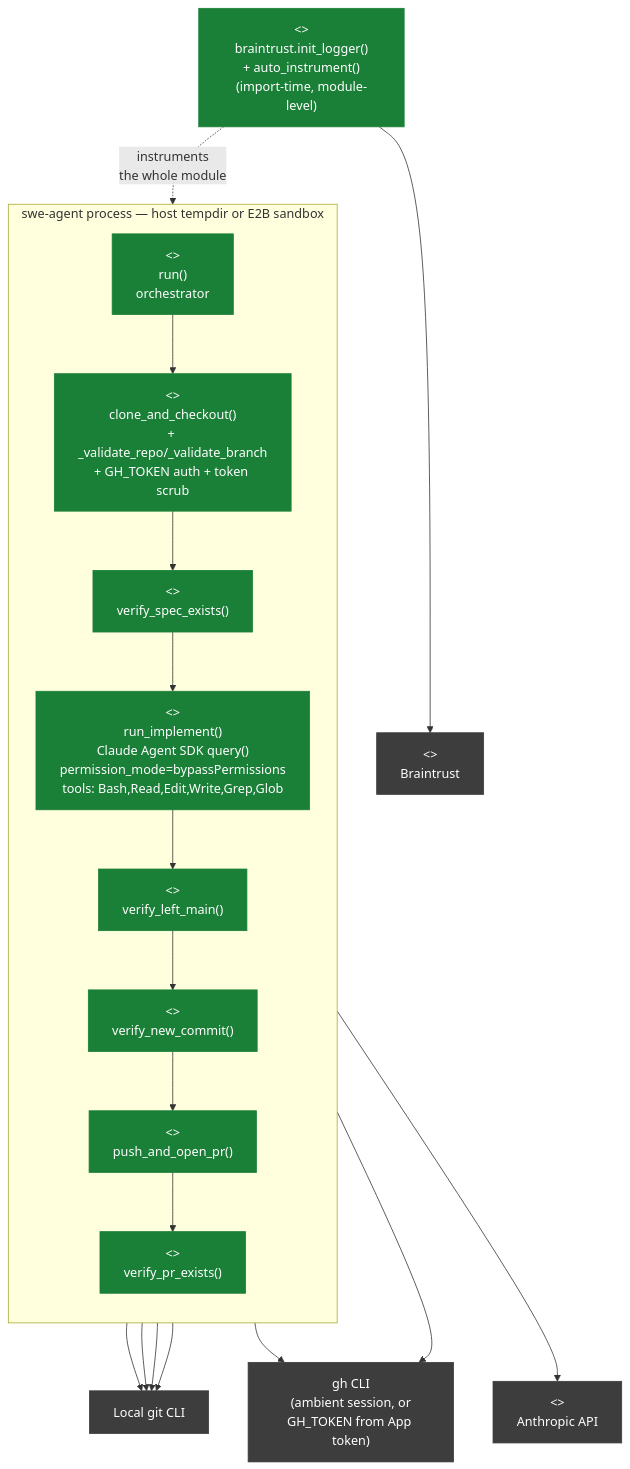
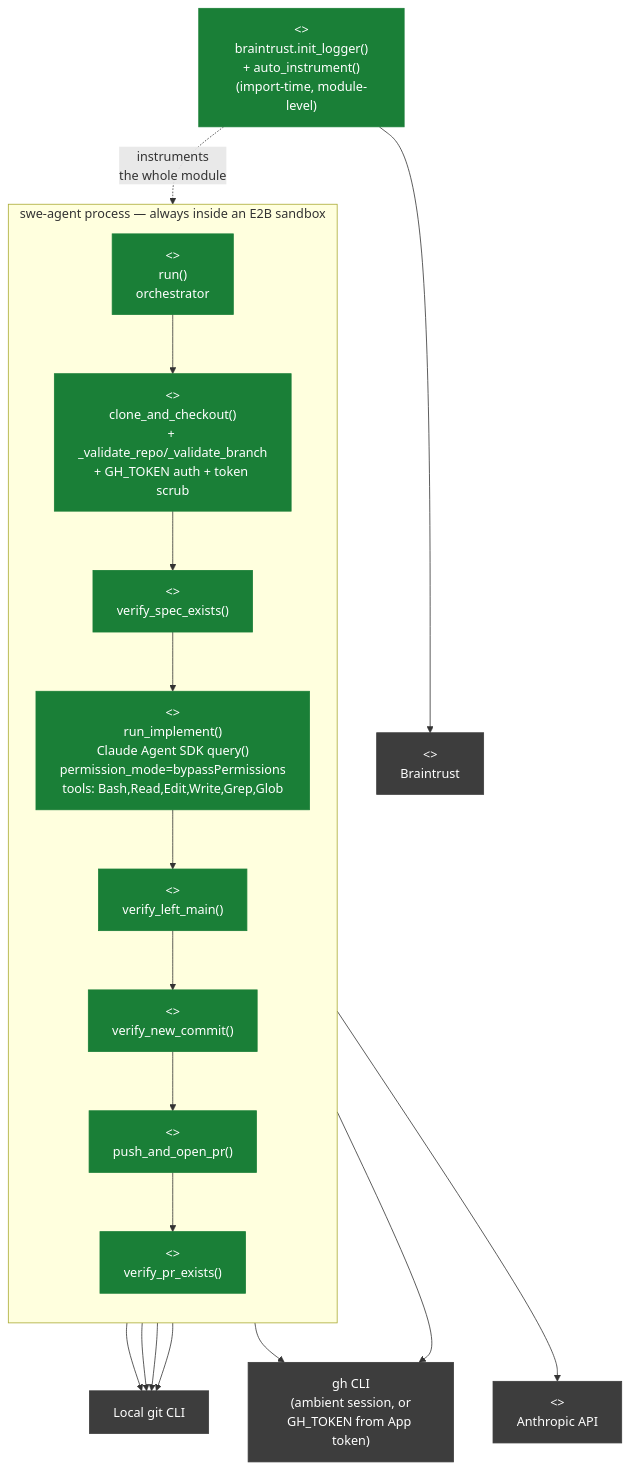
The diagram in docs/30-c4-component-swe-agent.md (aheumaier/agentic_factory), drawn with Mermaid before and after one commit. The commit also changed other lines of this file and 12 other files, not shown here.

First line of the commit message:
docs: move architecture docs under docs/, refresh status vs. real pipeline wiring, add multi-agent pipeline design proposal

````diff
--- a/docs/30-c4-component-swe-agent.md
+++ b/docs/30-c4-component-swe-agent.md
@@ -12,34 +14,34 @@
 ```mermaid
 flowchart TB
-    subgraph process["swe-agent process — host tempdir or E2B sandbox"]
+    subgraph process["swe-agent process — always inside an E2B sandbox"]
         direction TB
         run["<<Component>>\nrun()\norchestrator"]:::real
         clone["<<Component>>\nclone_and_checkout()\n+ _validate_repo/_validate_branch\n+ GH_TOKEN auth + token scrub"]:::real
         verifyspec["<<Component>>\nverify_spec_exists()"]:::real
         implement["<<Component>>\nrun_implement()\nClaude Agent SDK query()\npermission_mode=bypassPermissions\ntools: Bash,Read,Edit,Write,Grep,Glob"]:::real
         verifymain["<<Component>>\nverify_left_main()"]:::real
         verifycommit["<<Component>>\nverify_new_commit()"]:::real
         pushpr["<<Component>>\npush_and_open_pr()"]:::real
         verifypr["<<Component>>\nverify_pr_exists()"]:::real
     end
 
     tracing["<<Component>>\nbraintrust.init_logger()\n+ auto_instrument()\n(import-time, module-level)"]:::real
     git["Local git CLI"]:::ext
     gh["gh CLI\n(ambient session, or\nGH_TOKEN from App token)"]:::ext
     anthropic["<<System>>\nAnthropic API"]:::ext
     braintrust["<<System>>\nBraintrust"]:::ext
 
     run --> clone --> verifyspec --> implement --> verifymain --> verifycommit --> pushpr --> verifypr
     clone --> git
     verifymain --> git
     verifycommit --> git
     pushpr --> git
     pushpr --> gh
     verifypr --> gh
     implement --> anthropic
     tracing -.->|"instruments\nthe whole module"| run
     tracing --> braintrust
 
     classDef real fill:#1a7f37,stroke:#1a7f37,color:#fff
     classDef ext fill:#3d3d3d,stroke:#3d3d3d,color:#fff
 ```
````
